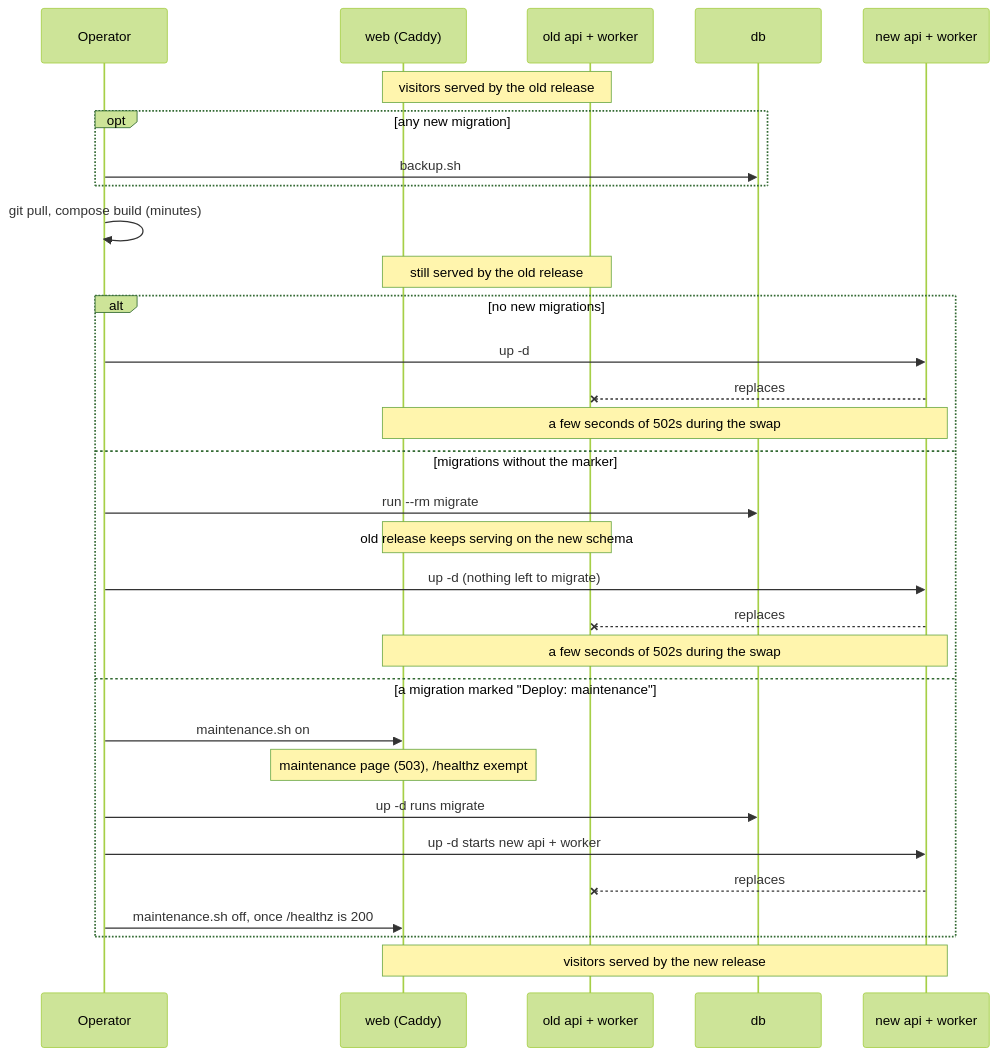
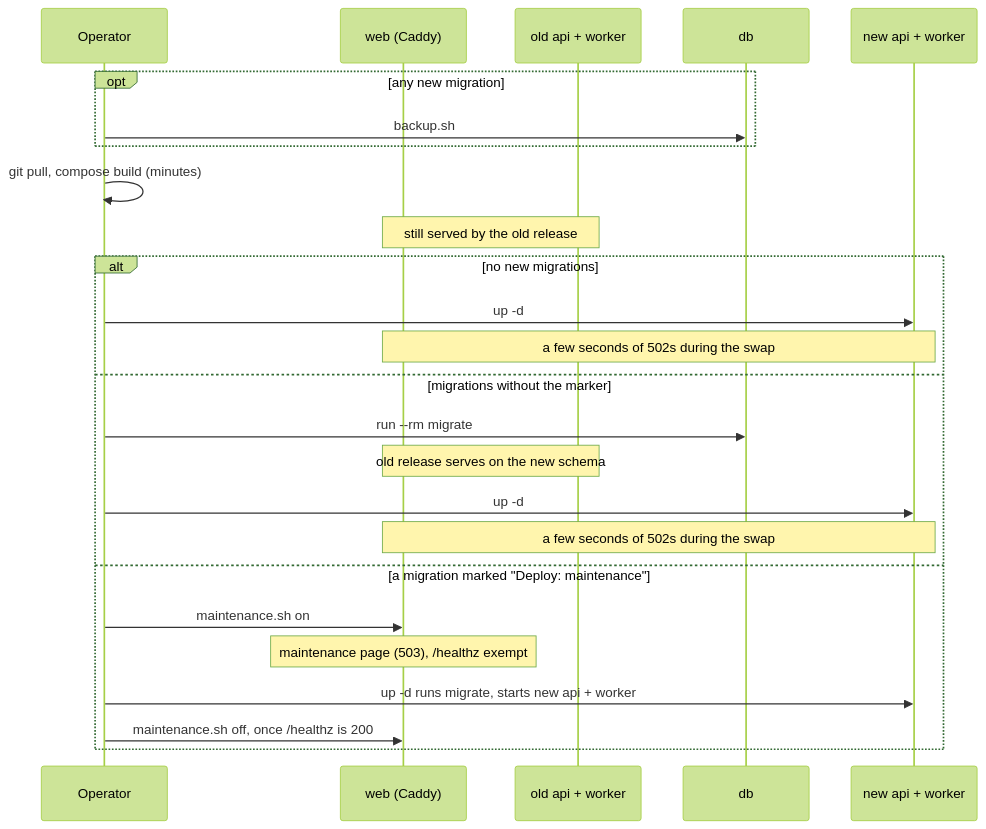
One commit to HoldMyTrack/holdmytrack changed the diagram in docs/DEPLOY.md. Above: the diagram before and after it, drawn with Mermaid (forest theme). The commit also changed other lines of this file and 22 other files, not shown here.

````diff
--- a/docs/DEPLOY.md
+++ b/docs/DEPLOY.md
@@ -220,33 +220,27 @@
 ```mermaid
 sequenceDiagram
     participant Op as Operator
     participant Caddy as web (Caddy)
     participant Old as old api + worker
     participant DB as db
     participant New as new api + worker
-    Note over Caddy,Old: visitors served by the old release
     opt any new migration
         Op->>DB: backup.sh
     end
     Op->>Op: git pull, compose build (minutes)
     Note over Caddy,Old: still served by the old release
     alt no new migrations
         Op->>New: up -d
-        New--xOld: replaces
         Note over Caddy,New: a few seconds of 502s during the swap
     else migrations without the marker
         Op->>DB: run --rm migrate
-        Note over Caddy,Old: old release keeps serving on the new schema
-        Op->>New: up -d (nothing left to migrate)
-        New--xOld: replaces
+        Note over Caddy,Old: old release serves on the new schema
+        Op->>New: up -d
         Note over Caddy,New: a few seconds of 502s during the swap
     else a migration marked "Deploy: maintenance"
         Op->>Caddy: maintenance.sh on
         Note over Caddy: maintenance page (503), /healthz exempt
-        Op->>DB: up -d runs migrate
-        Op->>New: up -d starts new api + worker
-        New--xOld: replaces
+        Op->>New: up -d runs migrate, starts new api + worker
         Op->>Caddy: maintenance.sh off, once /healthz is 200
     end
-    Note over Caddy,New: visitors served by the new release
 ```
````
